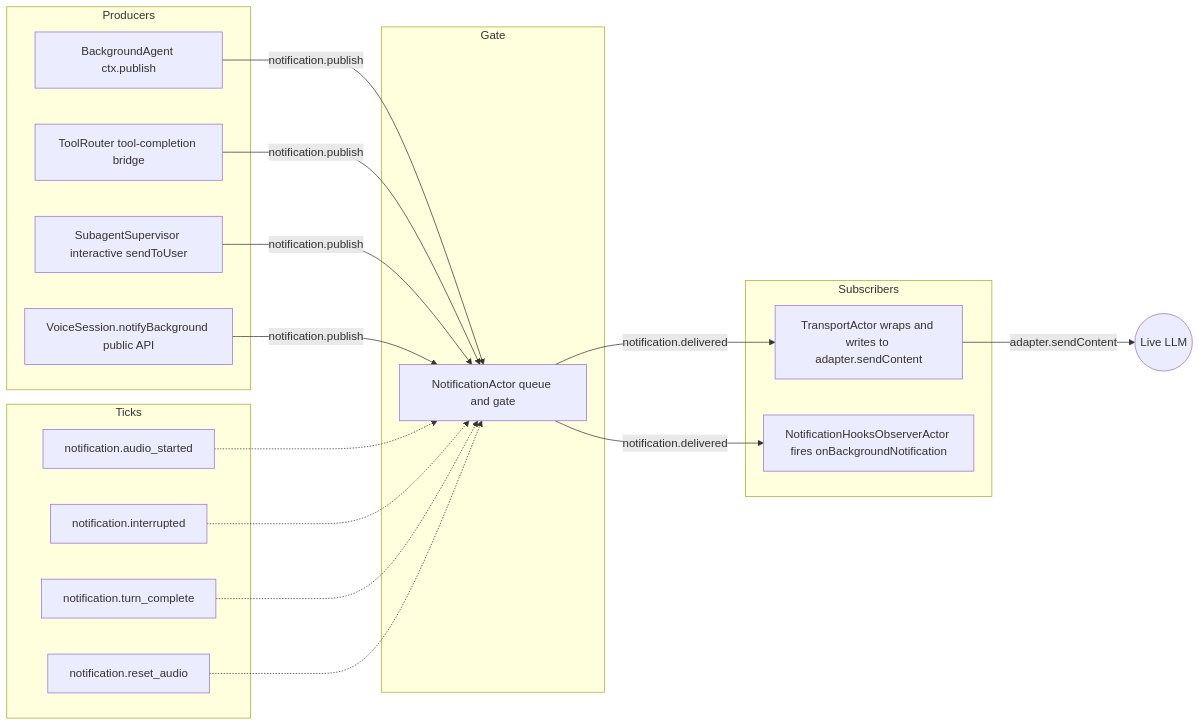
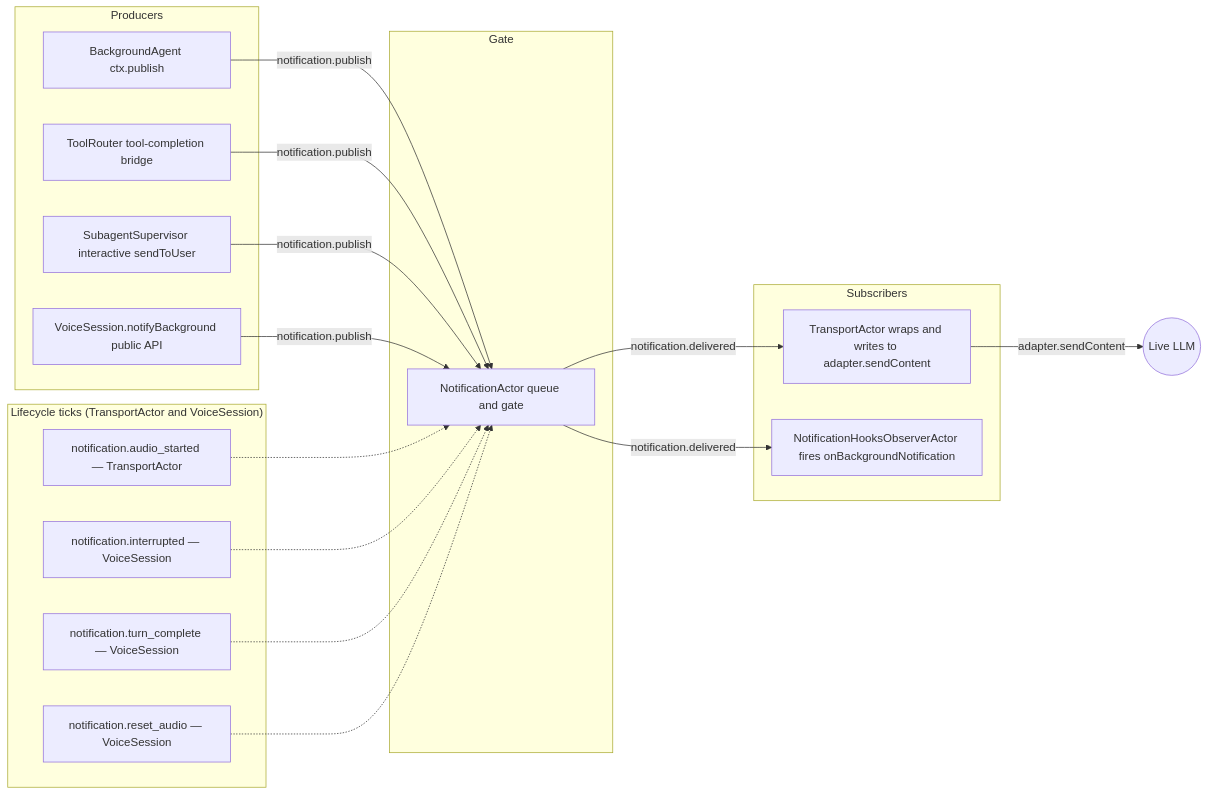
Before and after one commit to randombet/bodhi_realtime_agent: the second of 2 diagrams in docs/guide/actor-pattern.md, drawn with Mermaid. The commit also changed other lines of this file and 3 other files, not shown here.

````diff
--- a/docs/guide/actor-pattern.md
+++ b/docs/guide/actor-pattern.md
@@ -123,41 +127,41 @@
 ```mermaid
 flowchart LR
   subgraph Producers
     P1[BackgroundAgent ctx.publish]
     P2[ToolRouter tool-completion bridge]
     P3[SubagentSupervisor interactive sendToUser]
     P4[VoiceSession.notifyBackground public API]
   end
 
   subgraph Gate
     Q[NotificationActor queue and gate]
   end
 
-  subgraph Ticks
-    K1[notification.audio_started]
-    K2[notification.interrupted]
-    K3[notification.turn_complete]
-    K4[notification.reset_audio]
+  subgraph Ticks ["Lifecycle ticks (TransportActor and VoiceSession)"]
+    K1[notification.audio_started — TransportActor]
+    K2[notification.interrupted — VoiceSession]
+    K3[notification.turn_complete — VoiceSession]
+    K4[notification.reset_audio — VoiceSession]
   end
 
   subgraph Subscribers
     SUB1[TransportActor wraps and writes to adapter.sendContent]
     SUB2[NotificationHooksObserverActor fires onBackgroundNotification]
   end
 
   P1 -->|notification.publish| Q
   P2 -->|notification.publish| Q
   P3 -->|notification.publish| Q
   P4 -->|notification.publish| Q
 
   K1 -.-> Q
   K2 -.-> Q
   K3 -.-> Q
   K4 -.-> Q
 
   Q -->|notification.delivered| SUB1
   Q -->|notification.delivered| SUB2
 
   L((Live LLM))
   SUB1 -->|adapter.sendContent| L
 ```
````
